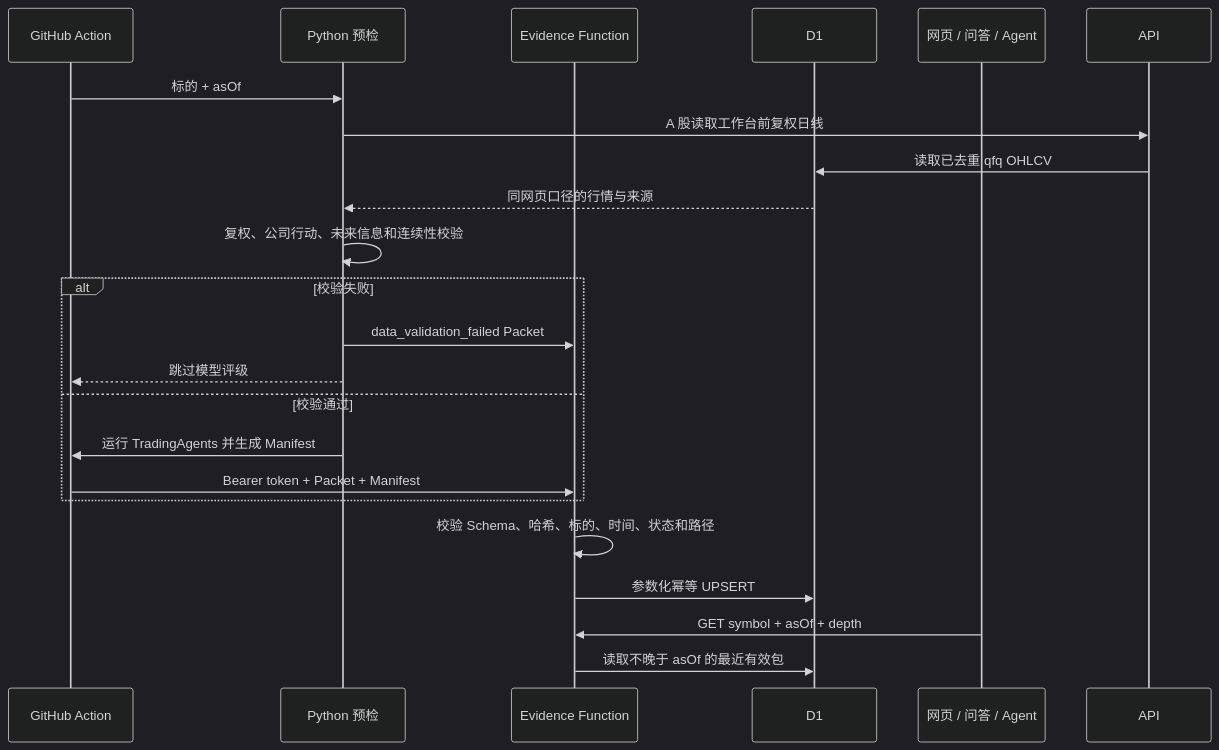
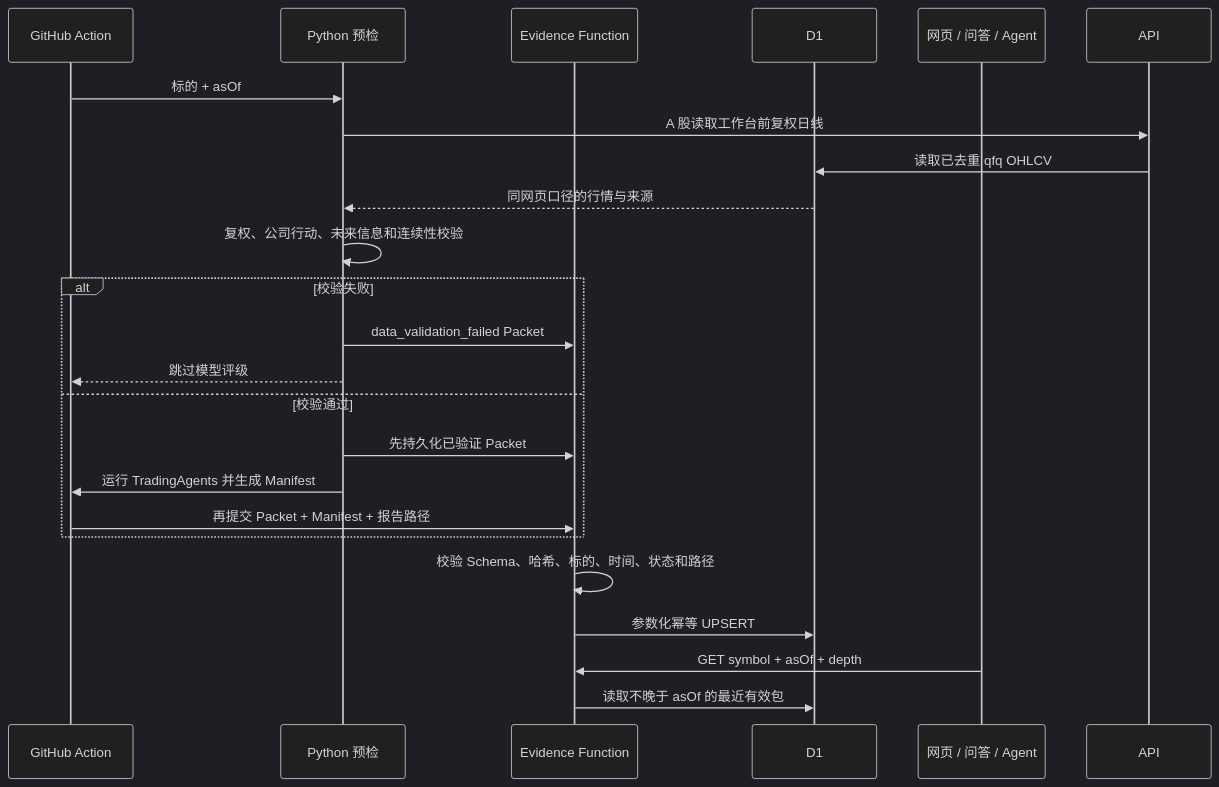
The sixth of 6 diagrams in docs/architecture-and-data-flows.md (gaaiyun/TradingWorkbench), drawn with Mermaid (dark theme) before and after one commit. The commit also changed other lines of this file and 8 other files, not shown here.

````diff
--- a/docs/architecture-and-data-flows.md
+++ b/docs/architecture-and-data-flows.md
@@ -269,25 +269,26 @@
 ```mermaid
 sequenceDiagram
     participant A as GitHub Action
     participant P as Python 预检
     participant F as Evidence Function
     participant D as D1
     participant Q as 网页 / 问答 / Agent
 
     A->>P: 标的 + asOf
     P->>API: A 股读取工作台前复权日线
     API->>D: 读取已去重 qfq OHLCV
     D-->>P: 同网页口径的行情与来源
     P->>P: 复权、公司行动、未来信息和连续性校验
     alt 校验失败
         P->>F: data_validation_failed Packet
         P-->>A: 跳过模型评级
     else 校验通过
+        P->>F: 先持久化已验证 Packet
         P->>A: 运行 TradingAgents 并生成 Manifest
-        A->>F: Bearer token + Packet + Manifest
+        A->>F: 再提交 Packet + Manifest + 报告路径
     end
     F->>F: 校验 Schema、哈希、标的、时间、状态和路径
     F->>D: 参数化幂等 UPSERT
     Q->>F: GET symbol + asOf + depth
     F->>D: 读取不晚于 asOf 的最近有效包
 ```
````
